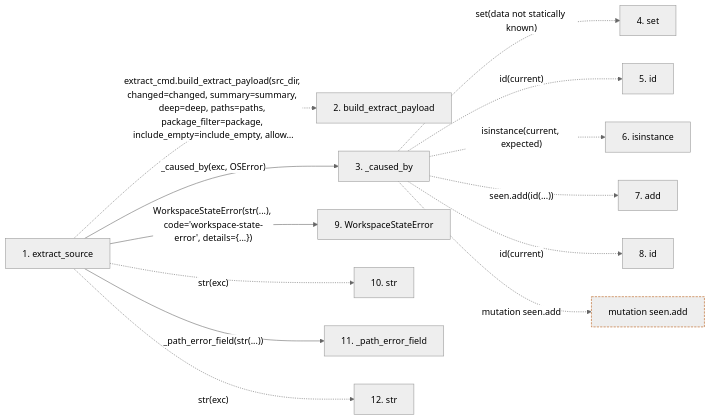
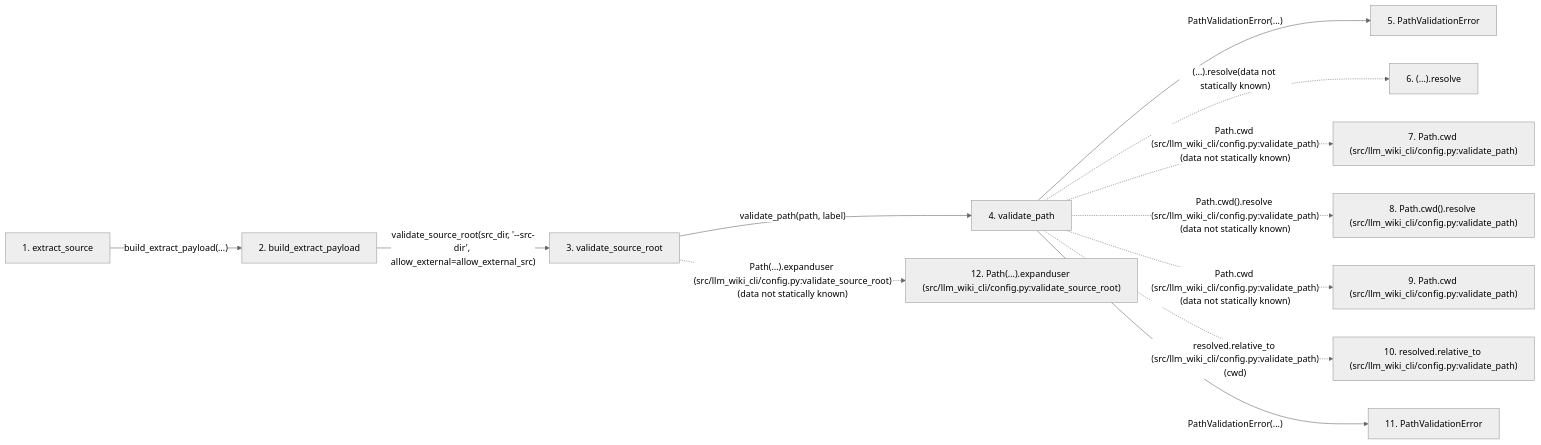
Before and after one commit to Denissvgn/python-wiki-llm: the second of 2 diagrams in docs/llm_wiki/flows/api-extract_source.md, drawn with Mermaid (neutral theme). The commit also changed other lines of this file and 719 other files, not shown here.

````diff
--- a/docs/llm_wiki/flows/api-extract_source.md
+++ b/docs/llm_wiki/flows/api-extract_source.md
@@ -50,34 +103,32 @@
 ```mermaid
 flowchart LR
     s1["1. extract_source"]
     s2["2. build_extract_payload"]
-    s3["3. _caused_by"]
-    s4["4. set"]
-    s5["5. id"]
-    s6["6. isinstance"]
-    s7["7. add"]
-    s8["8. id"]
-    s9["9. WorkspaceStateError"]
-    s10["10. str"]
-    s11["11. _path_error_field"]
-    s12["12. str"]
-    s1 -. "extract_cmd.build_extract_payload(src_dir, changed=changed, summary=summary, deep=deep, paths=paths, package_filter=package, include_empty=include_empty, allow…" .-> s2
-    s1 -->|"_caused_by(exc, OSError)"| s3
-    s3 -. "set(data not statically known)" .-> s4
-    s3 -. "id(current)" .-> s5
-    s3 -. "isinstance(current, expected)" .-> s6
-    s3 -. "seen.add(id(...))" .-> s7
-    s3 -. "id(current)" .-> s8
-    s1 -->|"WorkspaceStateError(str(...), code='workspace-state-error', details={...})"| s9
-    s1 -. "str(exc)" .-> s10
-    s1 -->|"_path_error_field(str(...))"| s11
-    s1 -. "str(exc)" .-> s12
-    b0["mutation seen.add"]
-    s3 -. "mutation seen.add" .-> b0
+    s3["3. validate_source_root"]
+    s4["4. validate_path"]
+    s5["5. PathValidationError"]
+    s6["6. (…).resolve"]
+    s7["7. Path.cwd (src/llm_wiki_cli/config.py:validate_path)"]
+    s8["8. Path.cwd().resolve (src/llm_wiki_cli/config.py:validate_path)"]
+    s9["9. Path.cwd (src/llm_wiki_cli/config.py:validate_path)"]
+    s10["10. resolved.relative_to (src/llm_wiki_cli/config.py:validate_path)"]
+    s11["11. PathValidationError"]
+    s12["12. Path(…).expanduser (src/llm_wiki_cli/config.py:validate_source_root)"]
+    s1 -->|"build_extract_payload(…)"| s2
+    s2 -->|"validate_source_root(src_dir, '--src-dir', allow_external=allow_external_src)"| s3
+    s3 -->|"validate_path(path, label)"| s4
+    s4 -->|"PathValidationError(...)"| s5
+    s4 -. "(…).resolve(data not statically known)" .-> s6
+    s4 -. "Path.cwd (src/llm_wiki_cli/config.py:validate_path)(data not statically known)" .-> s7
+    s4 -. "Path.cwd().resolve (src/llm_wiki_cli/config.py:validate_path)(data not statically known)" .-> s8
+    s4 -. "Path.cwd (src/llm_wiki_cli/config.py:validate_path)(data not statically known)" .-> s9
+    s4 -. "resolved.relative_to (src/llm_wiki_cli/config.py:validate_path)(cwd)" .-> s10
+    s4 -->|"PathValidationError(...)"| s11
+    s3 -. "Path(…).expanduser (src/llm_wiki_cli/config.py:validate_source_root)(data not statically known)" .-> s12
     click s1 "../modules/api.md"
-    click s3 "../modules/api.md"
-    click s9 "../modules/api.md"
-    click s11 "../modules/api.md"
-    classDef boundary stroke:#b45309,stroke-dasharray: 4 2
-    class b0 boundary
+    click s2 "../modules/extraction_service.md"
+    click s3 "../modules/config.md"
+    click s4 "../modules/config.md"
+    click s5 "../modules/config.md"
+    click s11 "../modules/config.md"
 ```
````
